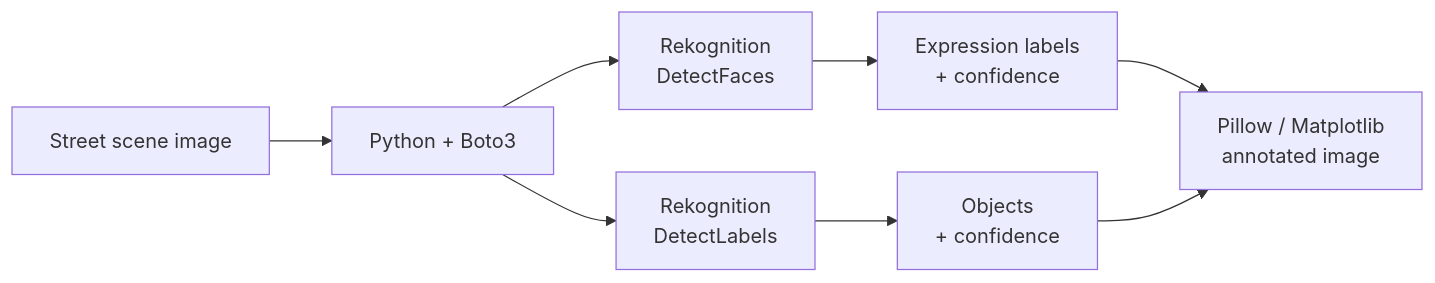
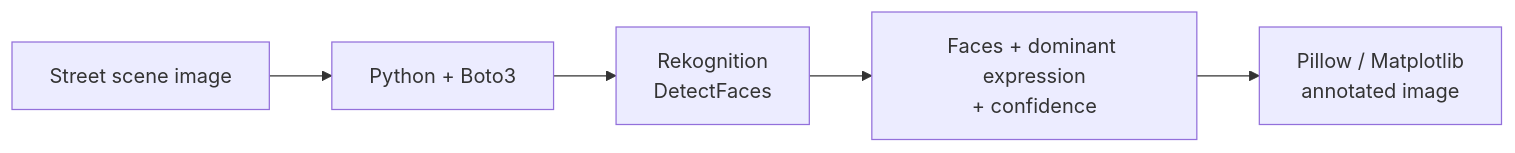
One commit to IamNicoleDenise/aws-rekognition-image-analysis changed the diagram in README.md. Above: the diagram before and after it, drawn with Mermaid. The commit also changed other lines of this file, not shown here.

````diff
--- a/README.md
+++ b/README.md
@@ -29,10 +29,7 @@
 ```mermaid
 flowchart LR
     A[Street scene image] --> B[Python + Boto3]
     B --> C[Rekognition<br/>DetectFaces]
-    B --> D[Rekognition<br/>DetectLabels]
-    C --> E[Expression labels<br/>+ confidence]
-    D --> F[Objects<br/>+ confidence]
+    C --> E[Faces + dominant expression<br/>+ confidence]
     E --> G[Pillow / Matplotlib<br/>annotated image]
-    F --> G
 ```
````
